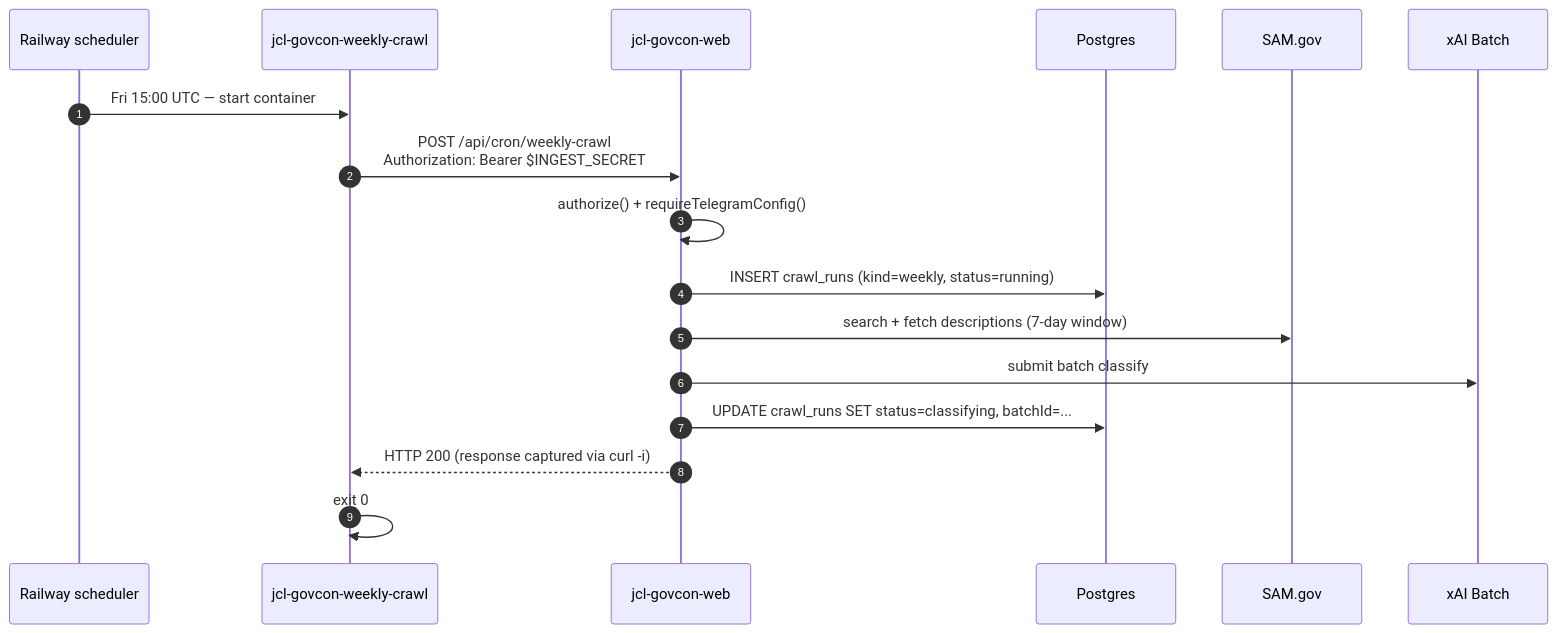
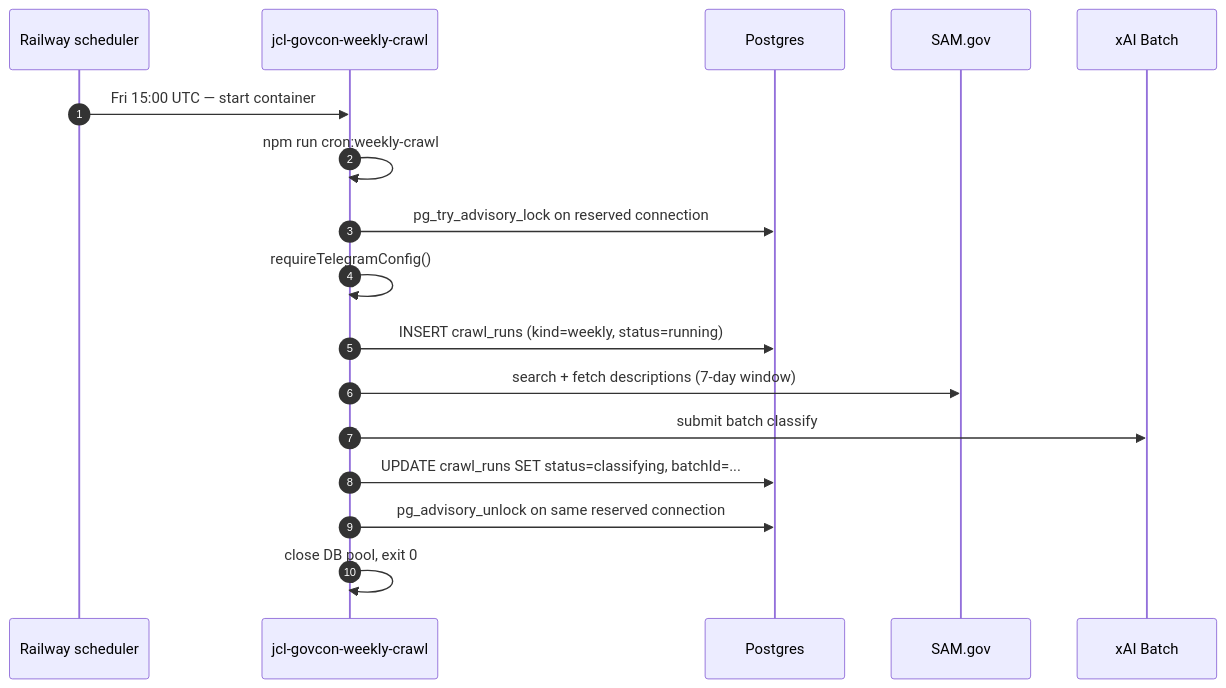
Before and after one commit to jopt1n/jcl-govcon: the diagram in docs/deployment-railway.md, drawn with Mermaid. The commit also changed other lines of this file and 10 other files, not shown here.

Commit message:
fix: run weekly crawl as Railway worker

````diff
--- a/docs/deployment-railway.md
+++ b/docs/deployment-railway.md
@@ -17,20 +17,20 @@
 ```mermaid
 sequenceDiagram
     autonumber
     participant R as Railway scheduler
     participant C as jcl-govcon-weekly-crawl
-    participant W as jcl-govcon-web
     participant DB as Postgres
     participant SAM as SAM.gov
     participant X as xAI Batch
 
     R->>C: Fri 15:00 UTC — start container
-    C->>W: POST /api/cron/weekly-crawl<br/>Authorization: Bearer $INGEST_SECRET
-    W->>W: authorize() + requireTelegramConfig()
-    W->>DB: INSERT crawl_runs (kind=weekly, status=running)
-    W->>SAM: search + fetch descriptions (7-day window)
-    W->>X: submit batch classify
-    W->>DB: UPDATE crawl_runs SET status=classifying, batchId=...
-    W-->>C: HTTP 200 (response captured via curl -i)
-    C->>C: exit 0
+    C->>C: npm run cron:weekly-crawl
+    C->>DB: pg_try_advisory_lock on reserved connection
+    C->>C: requireTelegramConfig()
+    C->>DB: INSERT crawl_runs (kind=weekly, status=running)
+    C->>SAM: search + fetch descriptions (7-day window)
+    C->>X: submit batch classify
+    C->>DB: UPDATE crawl_runs SET status=classifying, batchId=...
+    C->>DB: pg_advisory_unlock on same reserved connection
+    C->>C: close DB pool, exit 0
 ```
````
